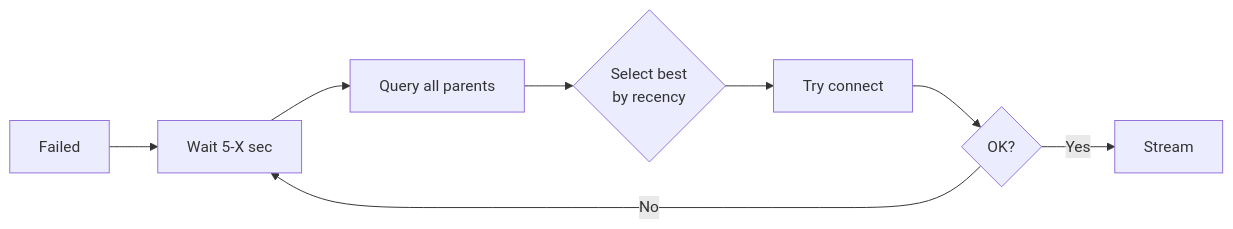
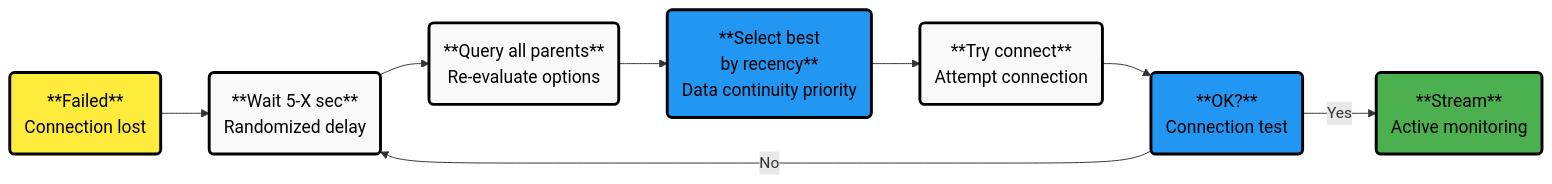
Before and after one commit to netdata/learn: the second of 2 diagrams in docs/netdata-parents/streaming-routing-reference.mdx, drawn with Mermaid. The commit also changed other lines of this file and 9 other files, not shown here.

````diff
--- a/docs/netdata-parents/streaming-routing-reference.mdx
+++ b/docs/netdata-parents/streaming-routing-reference.mdx
@@ -99,10 +109,23 @@
 ```mermaid
-graph LR
-    A[Failed] --> B[Wait 5-X sec]
-    B --> C[Query all parents]
-    C --> D{Select best<br/>by recency}
-    D --> E[Try connect]
-    E --> F{OK?}
+flowchart LR
+    A("**Failed**<br/>Connection lost") --> B("**Wait 5-X sec**<br/>Randomized delay")
+    B --> C("**Query all parents**<br/>Re-evaluate options")
+    C --> D("**Select best<br/>by recency**<br/>Data continuity priority")
+    D --> E("**Try connect**<br/>Attempt connection")
+    E --> F("**OK?**<br/>Connection test")
     F -->|No| B
-    F -->|Yes| G[Stream]
+    F -->|Yes| G("**Stream**<br/>Active monitoring")
+%% Style definitions matching the reference
+    classDef alert fill: #ffeb3b, stroke: #000000, stroke-width: 3px, color: #000000, font-size: 18px
+    classDef neutral fill: #f9f9f9, stroke: #000000, stroke-width: 3px, color: #000000, font-size: 18px
+    classDef complete fill: #4caf50, stroke: #000000, stroke-width: 3px, color: #000000, font-size: 18px
+    classDef database fill: #2196F3, stroke: #000000, stroke-width: 3px, color: #000000, font-size: 18px
+%% Apply styles
+    class A alert
+    class B neutral
+    class C neutral
+    class E neutral
+    class D database
+    class F database
+    class G complete
 ```
````
